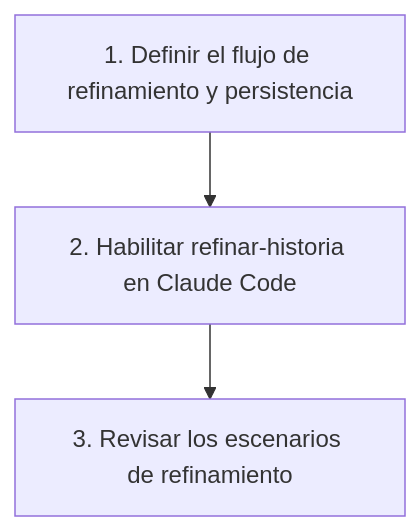
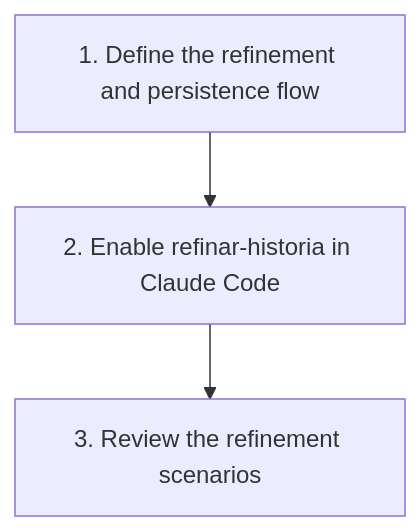
One commit to juampiii/HappyMeal changed the diagram in docs/issues/23/README.md. Above: the diagram before and after it, drawn with Mermaid. The commit also changed other lines of this file and 1 other file, not shown here.

````diff
--- a/docs/issues/23/README.md
+++ b/docs/issues/23/README.md
@@ -38,5 +38,5 @@
 ```mermaid
 flowchart TD
-    P1["1. Definir el flujo de refinamiento y persistencia"] --> P2["2. Habilitar refinar-historia en Claude Code"]
-    P2 --> P3["3. Revisar los escenarios de refinamiento"]
+    P1["1. Define the refinement and persistence flow"] --> P2["2. Enable refinar-historia in Claude Code"]
+    P2 --> P3["3. Review the refinement scenarios"]
 ```
````
